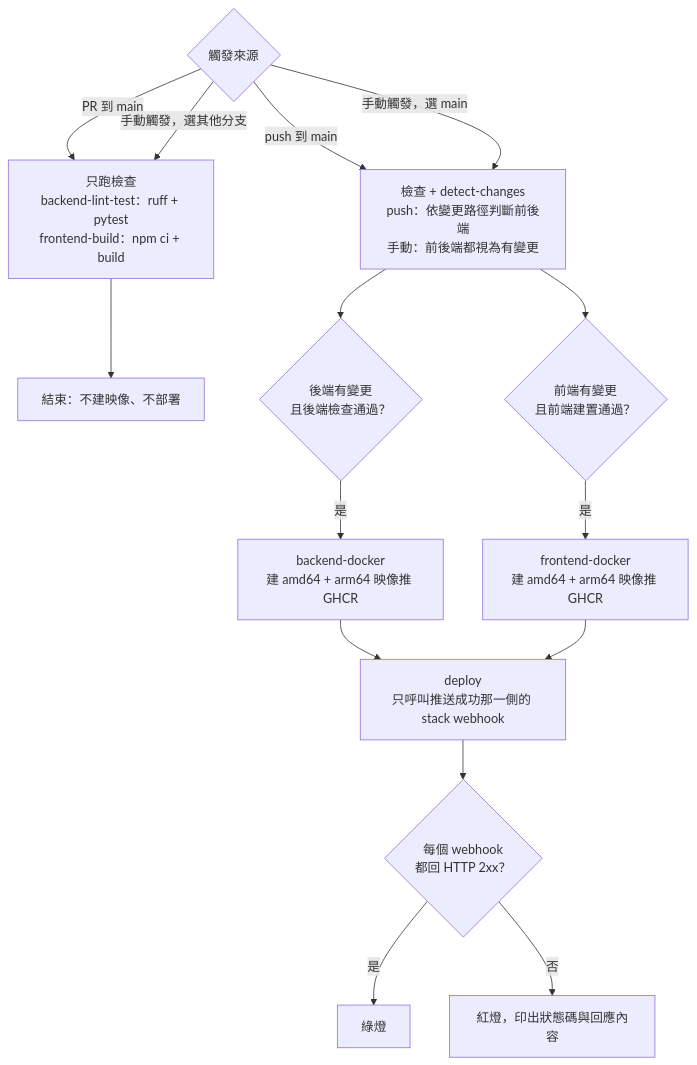
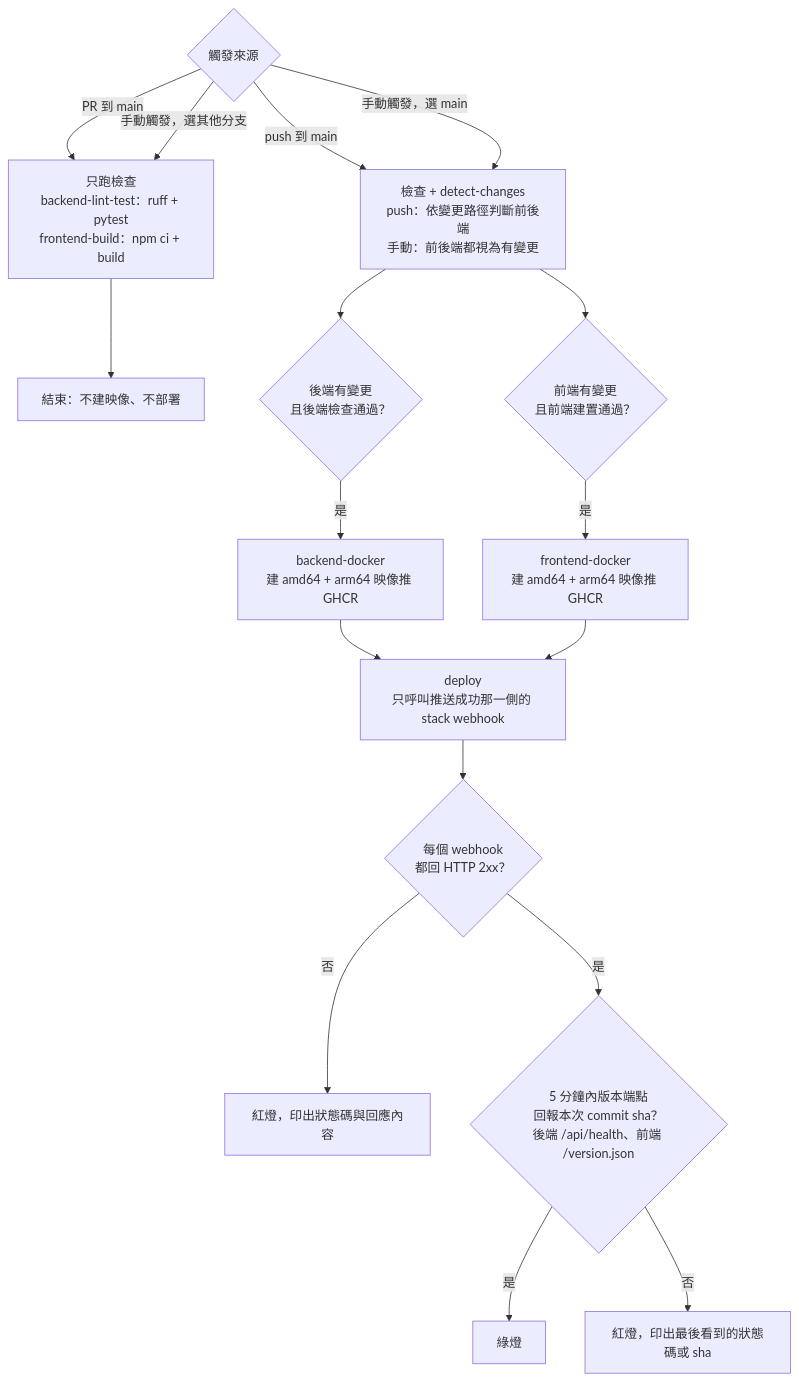
One commit to jacky917/FluencyTides changed the third of 5 diagrams in docs/wip/portainer_gitops_deploy_FEAT_2026-10-20.md. Above: the diagram before and after it, drawn with Mermaid. The commit also changed other lines of this file and 7 other files, not shown here.

````diff
--- a/docs/wip/portainer_gitops_deploy_FEAT_2026-10-20.md
+++ b/docs/wip/portainer_gitops_deploy_FEAT_2026-10-20.md
@@ -227,23 +227,25 @@
 ```mermaid
 flowchart TD
     TRIG{"觸發來源"}
     TRIG -->|"PR 到 main"| CHK
     TRIG -->|"手動觸發，選其他分支"| CHK
     TRIG -->|"push 到 main"| FULL
     TRIG -->|"手動觸發，選 main"| FULL
 
     CHK["只跑檢查<br/>backend-lint-test：ruff + pytest<br/>frontend-build：npm ci + build"]
     CHK --> STOP["結束：不建映像、不部署"]
 
     FULL["檢查 + detect-changes<br/>push：依變更路徑判斷前後端<br/>手動：前後端都視為有變更"]
     FULL --> BD{"後端有變更<br/>且後端檢查通過？"}
     FULL --> FD{"前端有變更<br/>且前端建置通過？"}
     BD -->|是| BDI["backend-docker<br/>建 amd64 + arm64 映像推 GHCR"]
     FD -->|是| FDI["frontend-docker<br/>建 amd64 + arm64 映像推 GHCR"]
     BDI --> DP
     FDI --> DP
     DP["deploy<br/>只呼叫推送成功那一側的 stack webhook"]
     DP --> OK{"每個 webhook<br/>都回 HTTP 2xx？"}
-    OK -->|是| G["綠燈"]
     OK -->|否| R["紅燈，印出狀態碼與回應內容"]
+    OK -->|是| POLL{"5 分鐘內版本端點<br/>回報本次 commit sha？<br/>後端 /api/health、前端 /version.json"}
+    POLL -->|是| G["綠燈"]
+    POLL -->|否| R2["紅燈，印出最後看到的狀態碼或 sha"]
 ```
````
